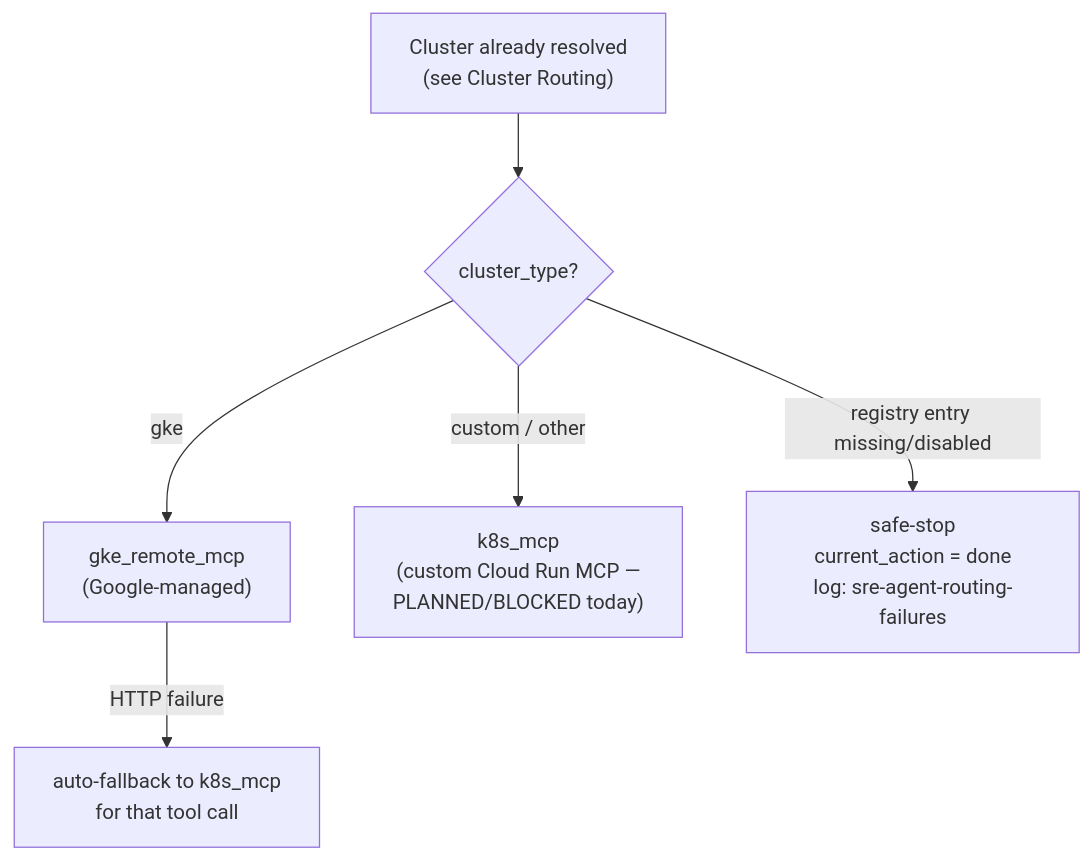
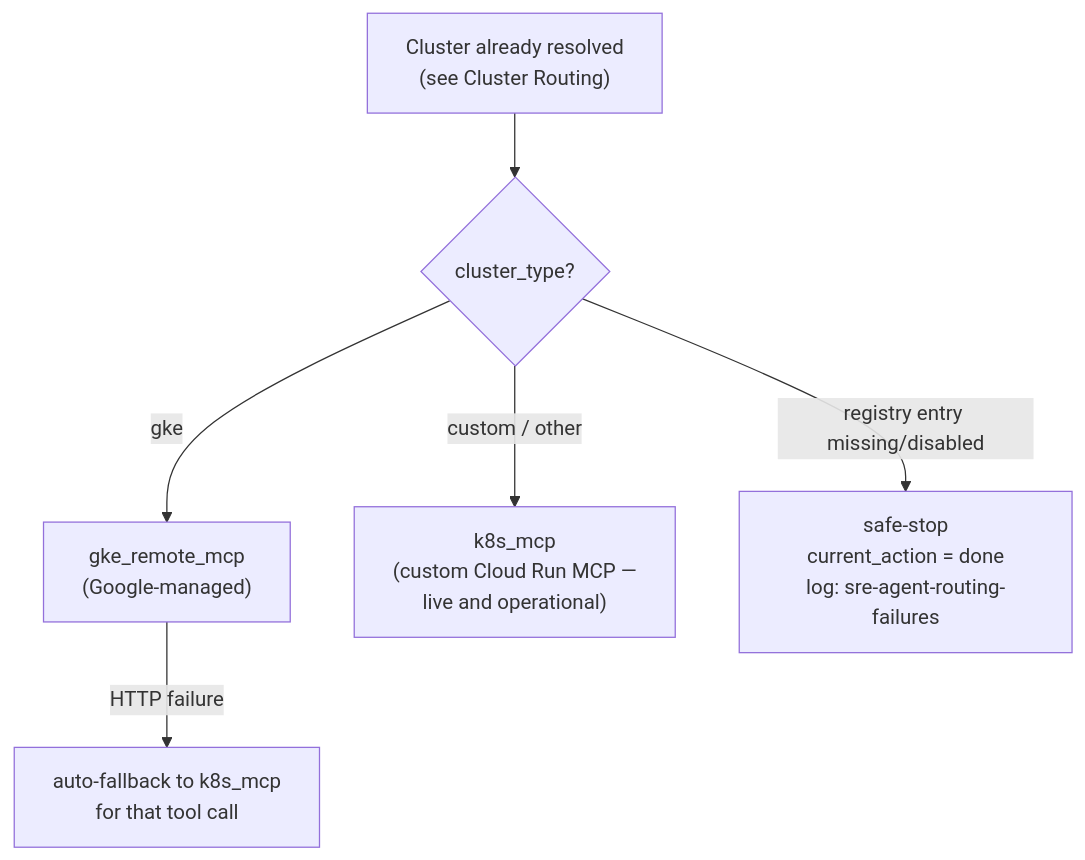
The diagram in docs/architecture/dynamic-mcp-routing.md (AshminPy/sre-agent-gateway), drawn with Mermaid before and after one commit. The commit also changed other lines of this file and 7 other files, not shown here.

First line of the commit message:
docs(architecture): correct 'custom MCP not deployed' claims to reflect live production status

````diff
--- a/docs/architecture/dynamic-mcp-routing.md
+++ b/docs/architecture/dynamic-mcp-routing.md
@@ -53,8 +53,8 @@
 ```mermaid
 flowchart TD
     A["Cluster already resolved<br/>(see Cluster Routing)"] --> B{"cluster_type?"}
     B -->|"gke"| C["gke_remote_mcp<br/>(Google-managed)"]
-    B -->|"custom / other"| D["k8s_mcp<br/>(custom Cloud Run MCP —<br/>PLANNED/BLOCKED today)"]
+    B -->|"custom / other"| D["k8s_mcp<br/>(custom Cloud Run MCP —<br/>live and operational)"]
     C -->|HTTP failure| E["auto-fallback to k8s_mcp<br/>for that tool call"]
     B -->|"registry entry missing/disabled"| F["safe-stop<br/>current_action = done<br/>log: sre-agent-routing-failures"]
 ```
````
